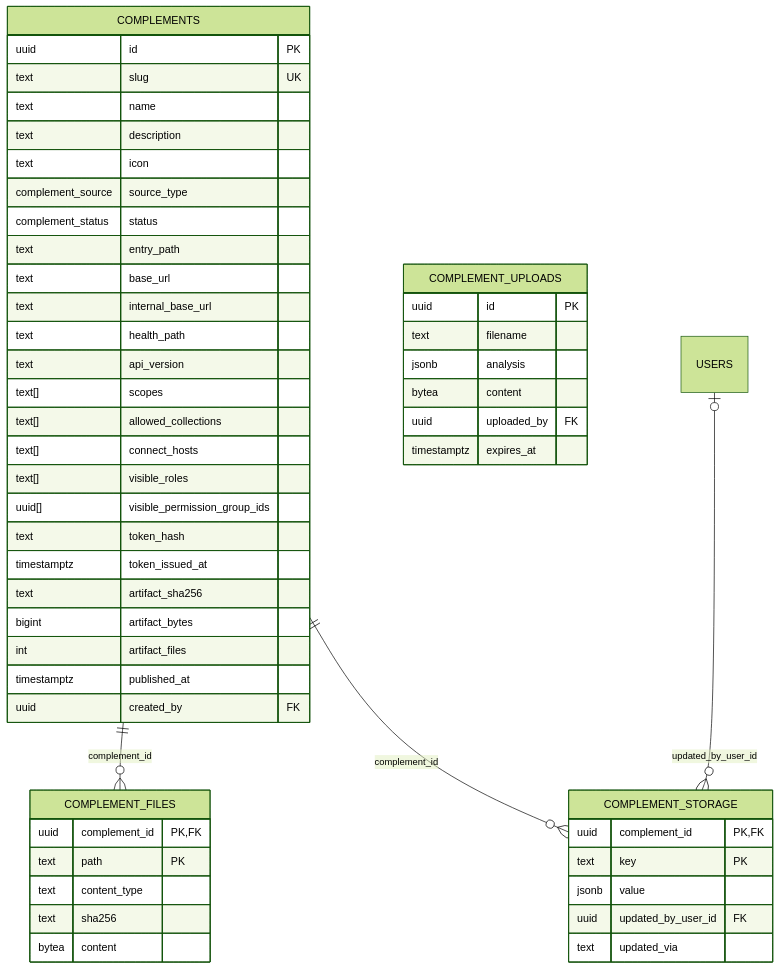
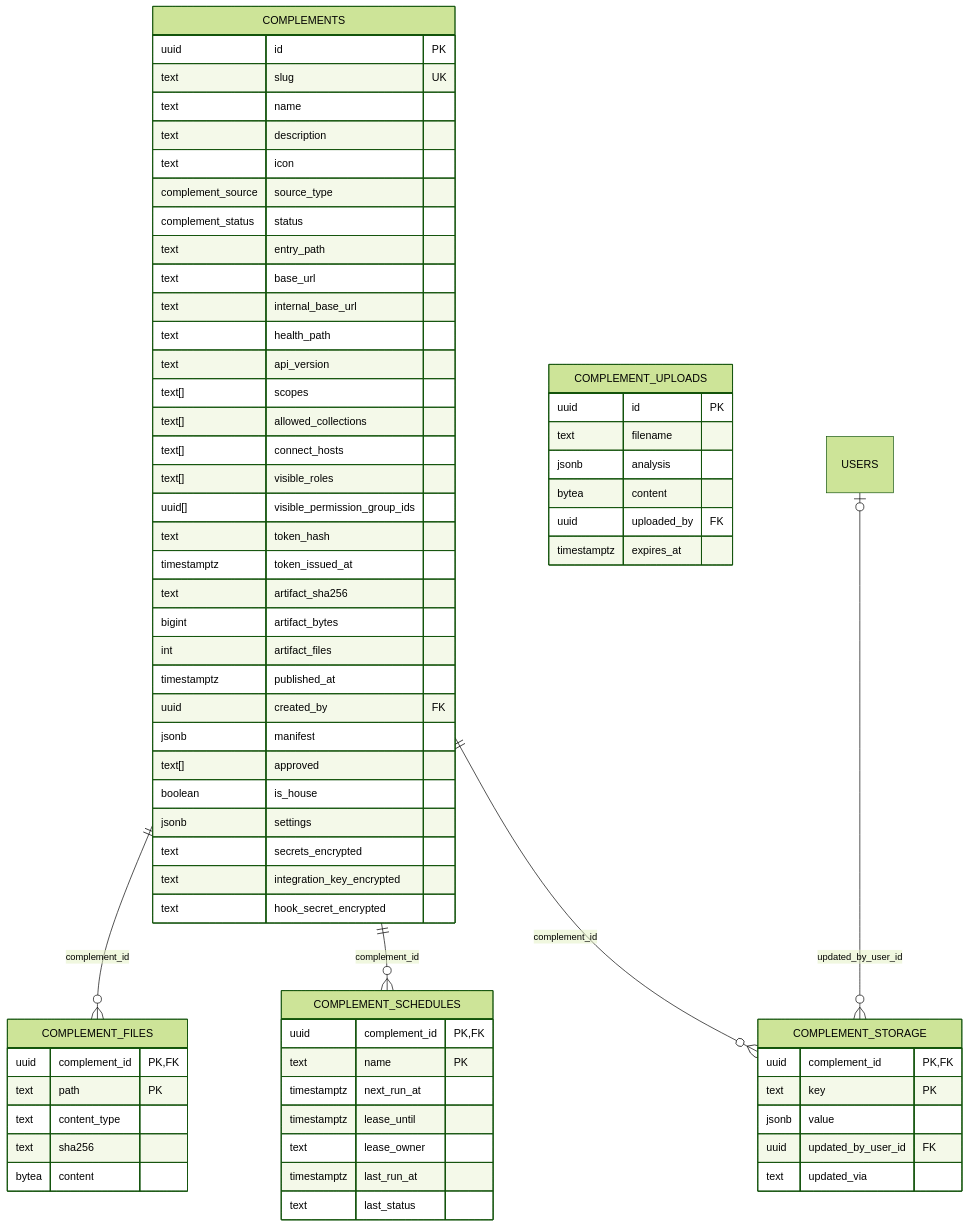
One commit to athomo001/BitacoraSOC changed diagram 16 of 17 in docs/modelo-de-datos.md. Above: the diagram before and after it, drawn with Mermaid (forest theme). The commit also changed other lines of this file and 82 other files, not shown here.

````diff
--- a/docs/modelo-de-datos.md
+++ b/docs/modelo-de-datos.md
@@ -1811,55 +1818,72 @@
 ```mermaid
 erDiagram
     COMPLEMENTS {
         uuid id PK
         text slug UK
         text name
         text description
         text icon
         complement_source source_type
         complement_status status
         text entry_path
         text base_url
         text internal_base_url
         text health_path
         text api_version
         text[] scopes
         text[] allowed_collections
         text[] connect_hosts
         text[] visible_roles
         uuid[] visible_permission_group_ids
         text token_hash
         timestamptz token_issued_at
         text artifact_sha256
         bigint artifact_bytes
         int artifact_files
         timestamptz published_at
         uuid created_by FK
+        jsonb manifest
+        text[] approved
+        boolean is_house
+        jsonb settings
+        text secrets_encrypted
+        text integration_key_encrypted
+        text hook_secret_encrypted
     }
     COMPLEMENT_FILES {
         uuid complement_id PK, FK
         text path PK
         text content_type
         text sha256
         bytea content
     }
     COMPLEMENT_UPLOADS {
         uuid id PK
         text filename
         jsonb analysis
         bytea content
         uuid uploaded_by FK
         timestamptz expires_at
     }
     COMPLEMENT_STORAGE {
         uuid complement_id PK, FK
         text key PK
         jsonb value
         uuid updated_by_user_id FK
         text updated_via
     }
+    COMPLEMENT_SCHEDULES {
+        uuid complement_id PK, FK
+        text name PK
+        timestamptz next_run_at
+        timestamptz lease_until
+        text lease_owner
+        timestamptz last_run_at
+        text last_status
+    }
 
     COMPLEMENTS ||--o{ COMPLEMENT_FILES : "complement_id"
+    COMPLEMENTS ||--o{ COMPLEMENT_SCHEDULES : "complement_id"
     COMPLEMENTS ||--o{ COMPLEMENT_STORAGE : "complement_id"
     USERS |o--o{ COMPLEMENT_STORAGE : "updated_by_user_id"
 ```
````
